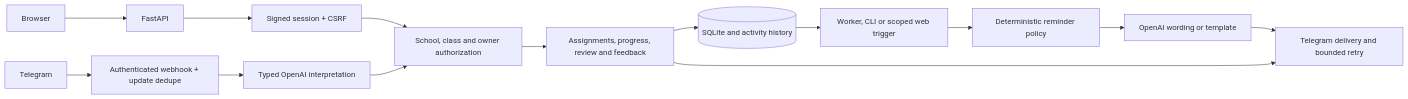
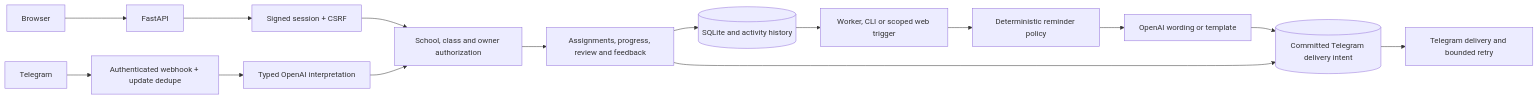
One commit to karthikLagudu/SIM_Class_Relay changed the first of 3 diagrams in README.md. Above: the diagram before and after it, drawn with Mermaid. The commit also changed other lines of this file and 4 other files, not shown here.

````diff
--- a/README.md
+++ b/README.md
@@ -65,15 +65,16 @@
 ```mermaid
 flowchart LR
     Browser --> FastAPI --> Session[Signed session + CSRF]
     Telegram --> Webhook[Authenticated webhook + update dedupe]
     Webhook --> Intent[Typed OpenAI interpretation]
     Session --> Scope[School, class and owner authorization]
     Intent --> Scope
     Scope --> Domain[Assignments, progress, review and feedback]
     Domain --> SQLite[(SQLite and activity history)]
     SQLite --> Worker[Worker, CLI or scoped web trigger]
     Worker --> Policy[Deterministic reminder policy]
     Policy --> Wording[OpenAI wording or template]
-    Wording --> Delivery[Telegram delivery and bounded retry]
-    Domain --> Delivery
+    Wording --> Outbox[(Committed Telegram delivery intent)]
+    Domain --> Outbox
+    Outbox --> Delivery[Telegram delivery and bounded retry]
 ```
````
